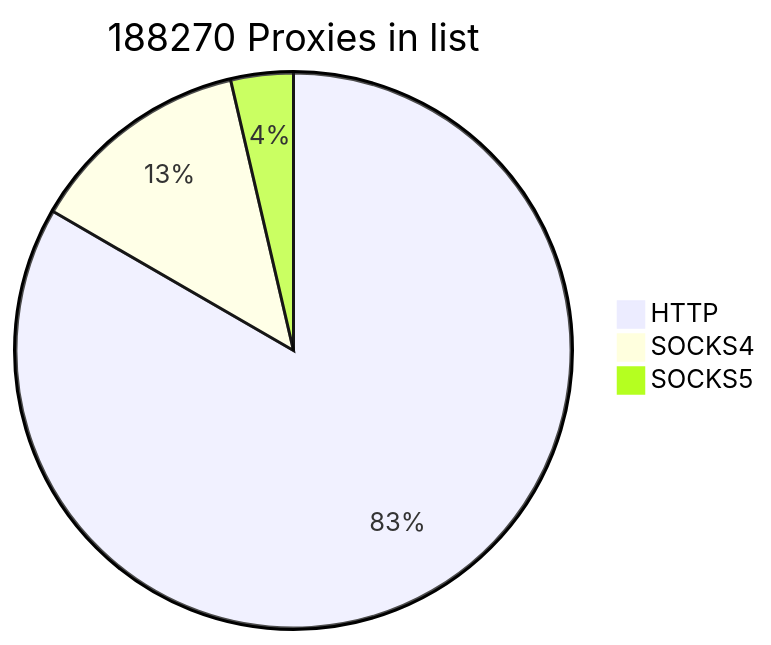
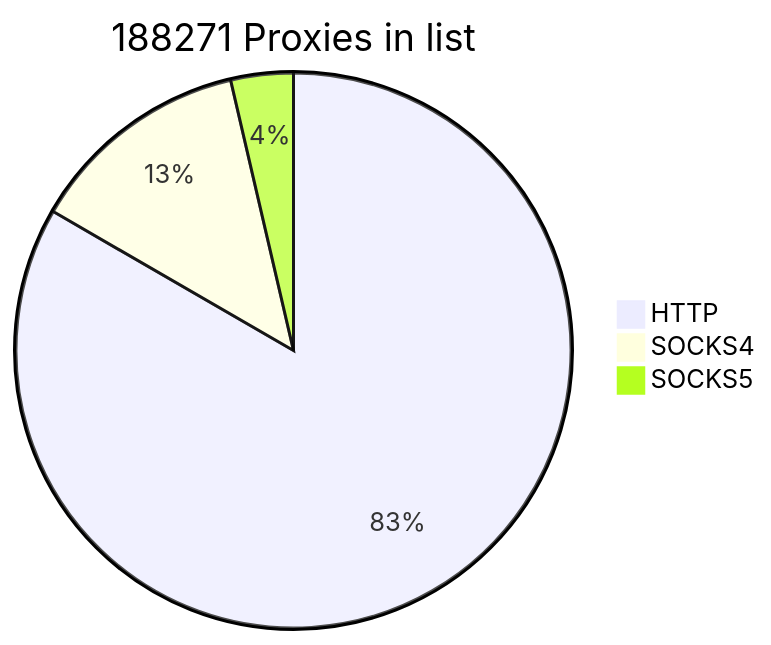
The first of 2 diagrams in README.md (cutipu/proxylist), drawn with Mermaid before and after one commit. The commit also changed other lines of this file, not shown here.

````diff
--- a/README.md
+++ b/README.md
@@ -2,7 +2,7 @@
 ```mermaid
-pie title 188270 Proxies in list
+pie title 188271 Proxies in list
     "HTTP" : 156915
-    "SOCKS4" : 24509
+    "SOCKS4" : 24510
     "SOCKS5" : 6846
             
 ```
````
